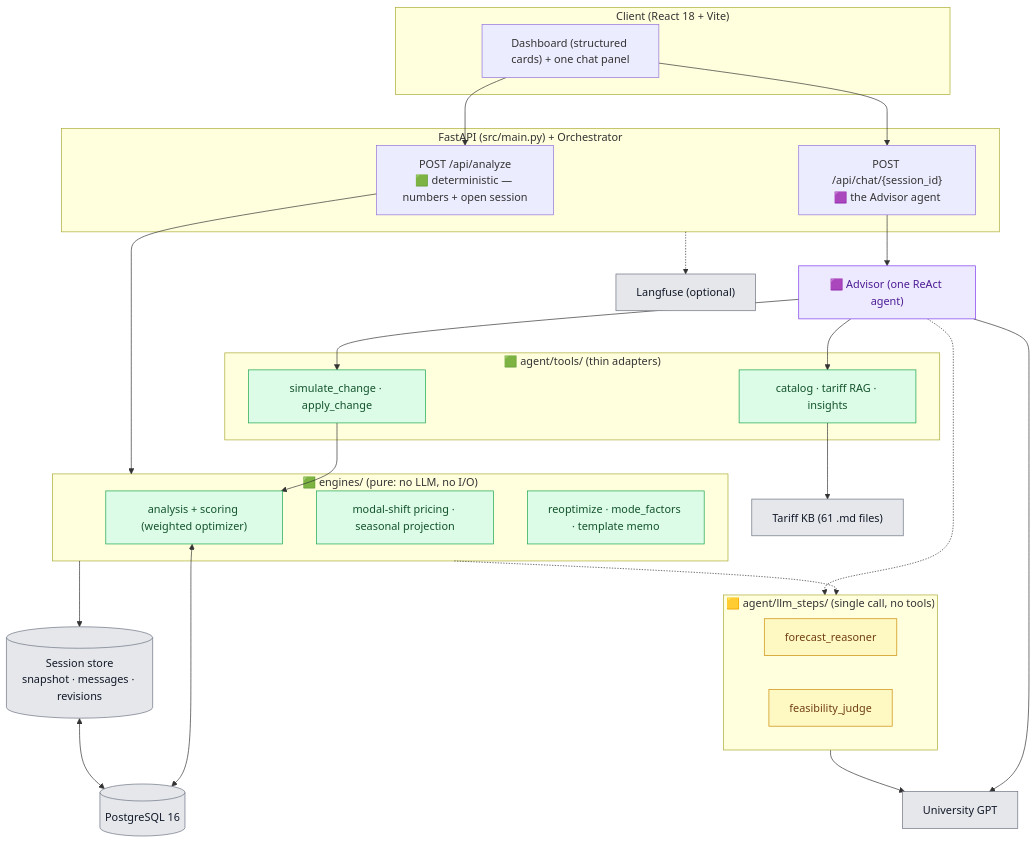
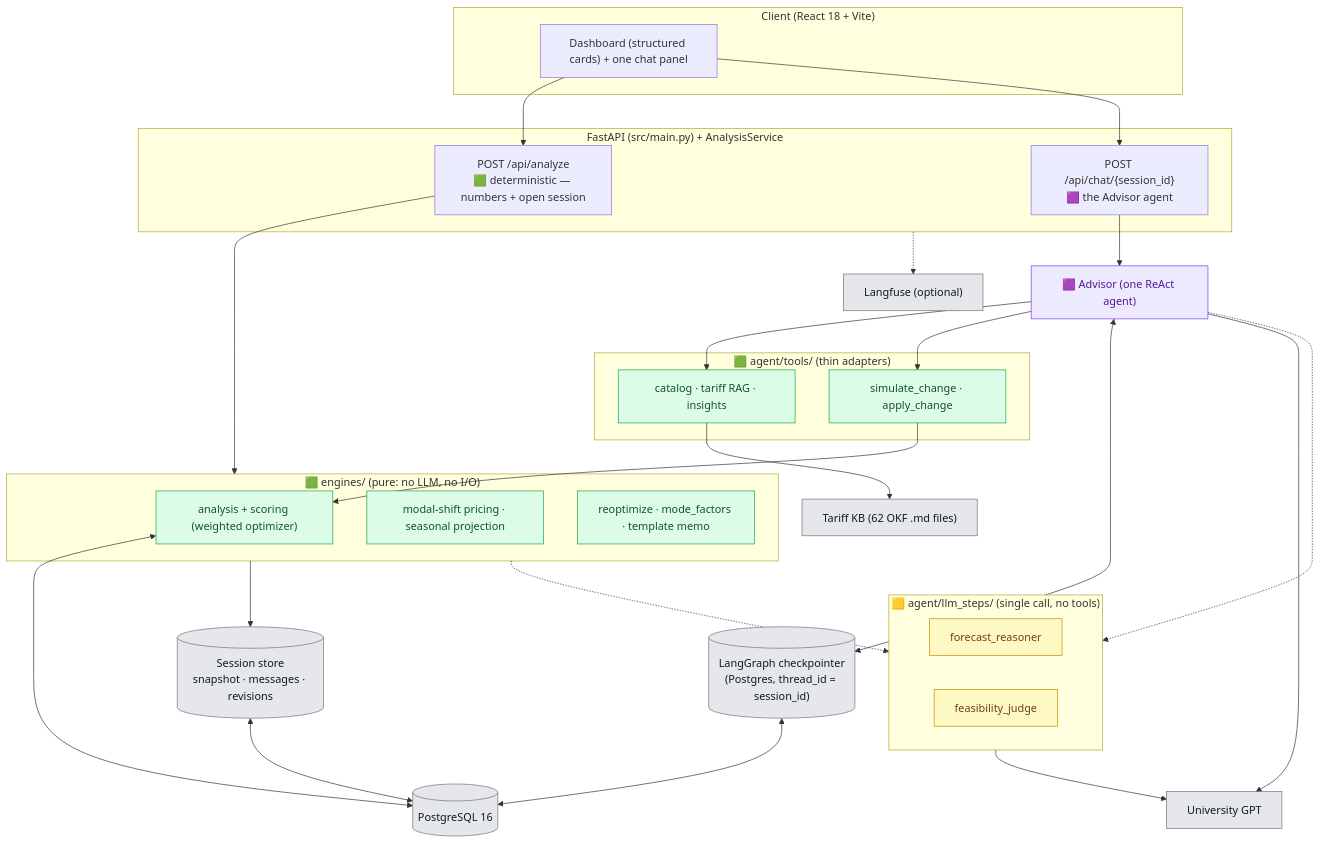
Before and after one commit to tjorgeo/AIIM_DB_mobility_advisior: the first of 13 diagrams in DELIVERABLES/BACKEND_ARCHITECTURE_REPORT.md, drawn with Mermaid. The commit also changed other lines of this file and 19 other files, not shown here.

````diff
--- a/DELIVERABLES/BACKEND_ARCHITECTURE_REPORT.md
+++ b/DELIVERABLES/BACKEND_ARCHITECTURE_REPORT.md
@@ -31,53 +31,56 @@
 ```mermaid
 flowchart TB
     subgraph client["Client (React 18 + Vite)"]
         UI["Dashboard (structured cards) + one chat panel"]
     end
 
-    subgraph api["FastAPI (src/main.py) + Orchestrator"]
+    subgraph api["FastAPI (src/main.py) + AnalysisService"]
         AZ["POST /api/analyze<br/>🟩 deterministic — numbers + open session"]
         CH["POST /api/chat/{session_id}<br/>🟪 the Advisor agent"]
     end
 
     subgraph L1["🟩 engines/ (pure: no LLM, no I/O)"]
         E1["analysis + scoring (weighted optimizer)"]
         E2["modal-shift pricing · seasonal projection"]
         E3["reoptimize · mode_factors · template memo"]
     end
     subgraph L2["🟨 agent/llm_steps/ (single call, no tools)"]
         S1["forecast_reasoner"]
         S2["feasibility_judge"]
     end
     subgraph L3["🟩 agent/tools/ (thin adapters)"]
         T1["catalog · tariff RAG · insights"]
         T2["simulate_change · apply_change"]
     end
     AG["🟪 Advisor (one ReAct agent)"]
 
     SESS[("Session store<br/>snapshot · messages · revisions")]
+    CKPT[("LangGraph checkpointer<br/>(Postgres, thread_id = session_id)")]
     PG[("PostgreSQL 16")]
-    KB["Tariff KB (61 .md files)"]
+    KB["Tariff KB (62 OKF .md files)"]
     EXT["University GPT"]
     LF["Langfuse (optional)"]
 
     UI --> AZ & CH
     AZ --> L1 --> SESS
     L1 -.-> L2
     CH --> AG --> T1 & T2
     T2 --> E1
     AG -.-> L2
+    AG <--> CKPT
     E1 <--> PG
     SESS <--> PG
+    CKPT <--> PG
     T1 --> KB
     L2 & AG --> EXT
     api -.-> LF
 
     classDef det fill:#dcfce7,stroke:#16a34a,color:#14532d;
     classDef llm fill:#fef9c3,stroke:#ca8a04,color:#713f12;
     classDef agent fill:#ede9fe,stroke:#7c3aed,color:#4c1d95;
     classDef store fill:#e5e7eb,stroke:#6b7280,color:#111827;
     class E1,E2,E3,T1,T2 det;
     class S1,S2 llm;
     class AG agent;
-    class SESS,PG,KB,EXT,LF store;
+    class SESS,CKPT,PG,KB,EXT,LF store;
 ```
````
